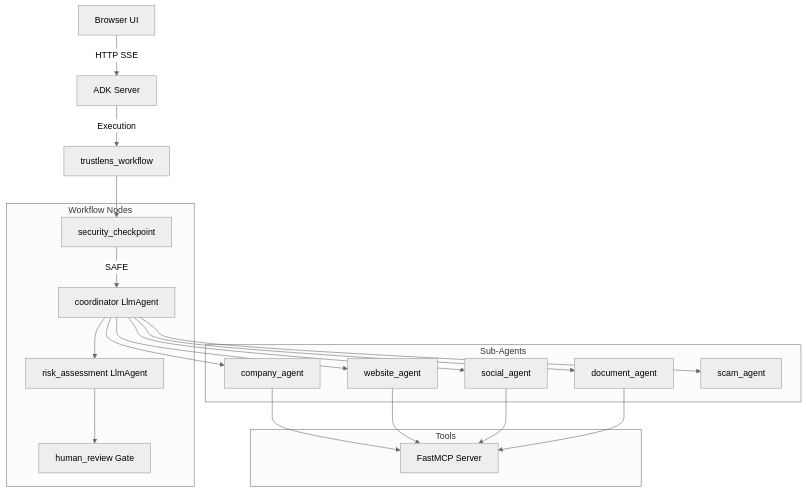
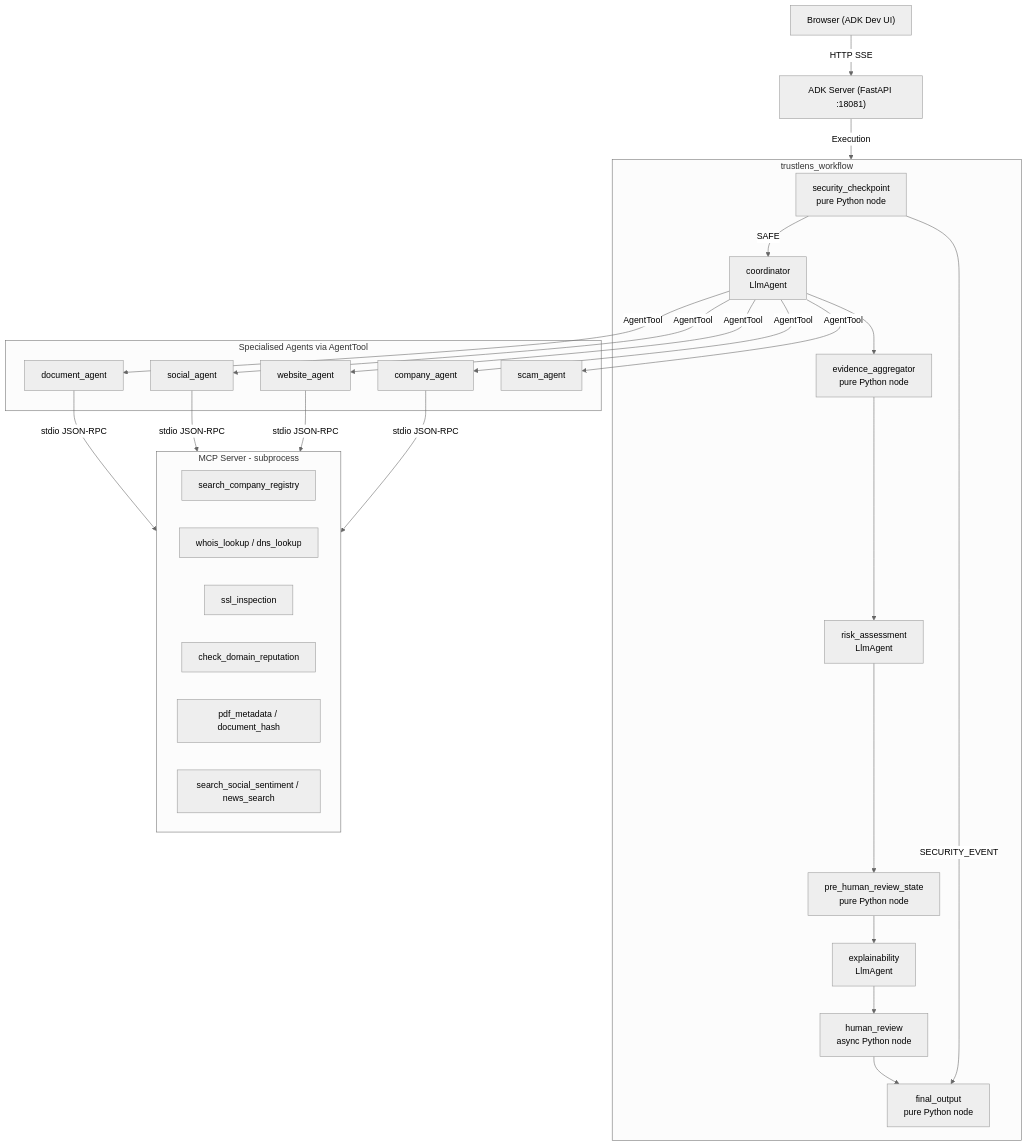
Before and after one commit to N-SAI-VENKATA-TEJA/trustlens-ai: the diagram in README.md, drawn with Mermaid (neutral theme). The commit also changed other lines of this file and 3 other files, not shown here.

````diff
--- a/README.md
+++ b/README.md
@@ -28,31 +76,53 @@
 ```mermaid
 graph TB
-    UI[Browser UI] --> |HTTP SSE| Server[ADK Server]
-    Server --> |Execution| Workflow[trustlens_workflow]
-    
-    subgraph Workflow Nodes
-        SC[security_checkpoint]
-        Coord[coordinator LlmAgent]
-        RA[risk_assessment LlmAgent]
-        HR[human_review Gate]
+    UI["Browser (ADK Dev UI)"] -->|HTTP SSE| Server["ADK Server (FastAPI :18081)"]
+    Server -->|Execution| WF[trustlens_workflow]
+
+    subgraph WF[trustlens_workflow]
+        SC[security_checkpoint\npure Python node]
+        COORD[coordinator\nLlmAgent]
+        EA[evidence_aggregator\npure Python node]
+        RA[risk_assessment\nLlmAgent]
+        PHRS[pre_human_review_state\npure Python node]
+        EX[explainability\nLlmAgent]
+        HR[human_review\nasync Python node]
+        FO[final_output\npure Python node]
     end
-    
-    subgraph Sub-Agents
+
+    subgraph SubAgents[Specialised Agents via AgentTool]
         CA[company_agent]
         WA[website_agent]
         SA[social_agent]
         DA[document_agent]
         SCA[scam_agent]
     end
-    
-    subgraph Tools
-        MCP[FastMCP Server]
+
+    subgraph MCP[MCP Server - subprocess]
+        T1[search_company_registry]
+        T2[whois_lookup / dns_lookup]
+        T3[ssl_inspection]
+        T4[check_domain_reputation]
+        T5[pdf_metadata / document_hash]
+        T6[search_social_sentiment / news_search]
     end
-    
-    Workflow --> SC
-    SC -- SAFE --> Coord
-    Coord --> CA & WA & SA & DA & SCA
-    CA & WA & SA & DA --> MCP
-    Coord --> RA
-    RA --> HR
+
+    SC -->|SAFE| COORD
+    SC -->|SECURITY_EVENT| FO
+    COORD --> EA
+    EA --> RA
+    RA --> PHRS
+    PHRS --> EX
+    EX --> HR
+    HR --> FO
+
+    COORD -->|AgentTool| CA
+    COORD -->|AgentTool| WA
+    COORD -->|AgentTool| SA
+    COORD -->|AgentTool| DA
+    COORD -->|AgentTool| SCA
+
+    CA -->|stdio JSON-RPC| MCP
+    WA -->|stdio JSON-RPC| MCP
+    SA -->|stdio JSON-RPC| MCP
+    DA -->|stdio JSON-RPC| MCP
 ```
````
